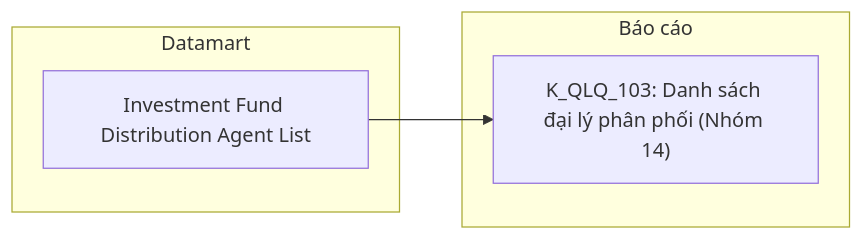
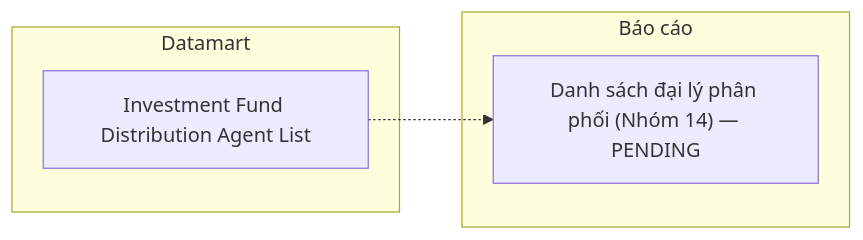
One commit to linhlvit/ubck_atomic_design changed diagram 25 of 41 in Datamart/hld/DTM_QLQ_HLD.md. Above: the diagram before and after it, drawn with Mermaid. The commit also changed other lines of this file and 28 other files, not shown here.

Commit message:
feat(qlq): add LLD detail mapping, 23 entity table schemas, update HLD, sync datamart model and attributes

````diff
--- a/Datamart/hld/DTM_QLQ_HLD.md
+++ b/Datamart/hld/DTM_QLQ_HLD.md
@@ -957,10 +1177,10 @@
 ```mermaid
 flowchart LR
     subgraph GOLD["Datamart"]
         G1["Investment Fund Distribution Agent List"]
     end
     subgraph RPT["Báo cáo"]
-        R1["K_QLQ_103: Danh sách đại lý phân phối (Nhóm 14)"]
+        R1["Danh sách đại lý phân phối (Nhóm 14) — PENDING"]
     end
-    G1 --> R1
+    G1 -.-> R1
 ```
````
